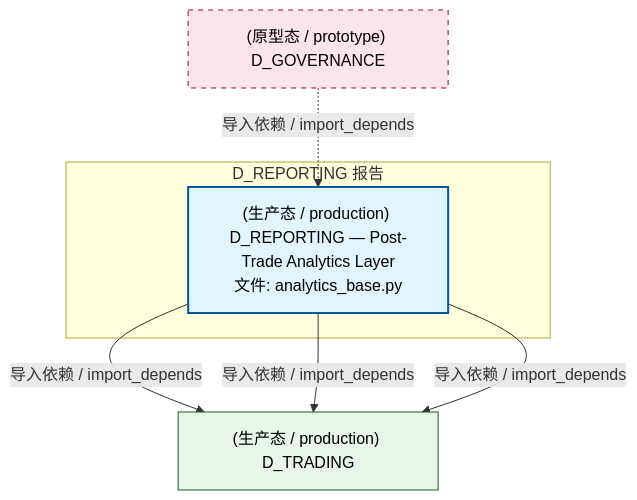
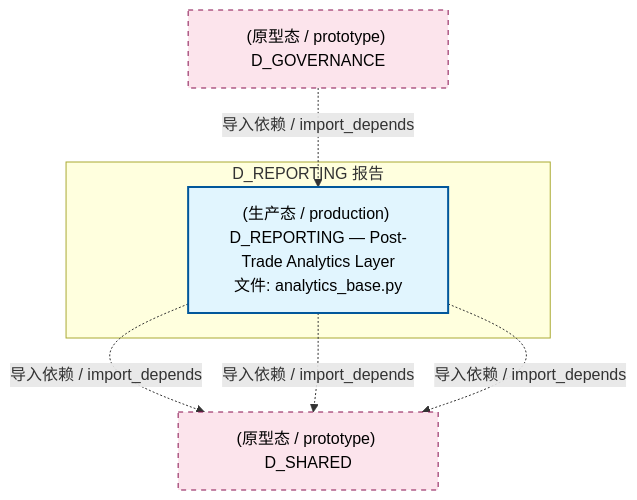
Before and after one commit to xuanFelixVan/ZephyrAlpha: the second of 4 diagrams in docs/02_enterprise_architecture/02_domain_architecture_docs/16_d_reporting.md, drawn with Mermaid. The commit also changed other lines of this file and 99 other files, not shown here.

````diff
--- a/docs/02_enterprise_architecture/02_domain_architecture_docs/16_d_reporting.md
+++ b/docs/02_enterprise_architecture/02_domain_architecture_docs/16_d_reporting.md
@@ -115,19 +115,18 @@
 ```mermaid
 graph TD
     subgraph D_REPORTING["D_REPORTING 报告"]
         src_zephyr_reporting_analytics_base_py["(生产态 / production) D_REPORTING — Post-Trade Analytics Layer<br/>文件: analytics_base.py"]
     end
-    D_TRADING["(生产态 / production) D_TRADING"]
-    src_zephyr_reporting_analytics_base_py -->|导入依赖 / import_depends| D_TRADING
-    src_zephyr_reporting_analytics_base_py -->|导入依赖 / import_depends| D_TRADING
-    src_zephyr_reporting_analytics_base_py -->|导入依赖 / import_depends| D_TRADING
+    D_SHARED["(原型态 / prototype) D_SHARED"]
+    src_zephyr_reporting_analytics_base_py -.->|导入依赖 / import_depends| D_SHARED
+    src_zephyr_reporting_analytics_base_py -.->|导入依赖 / import_depends| D_SHARED
+    src_zephyr_reporting_analytics_base_py -.->|导入依赖 / import_depends| D_SHARED
     D_GOVERNANCE["(原型态 / prototype) D_GOVERNANCE"]
     D_GOVERNANCE -.->|导入依赖 / import_depends| src_zephyr_reporting_analytics_base_py
     classDef production fill:#e1f5fe,stroke:#01579b,stroke-width:2px,color:#000
     classDef design fill:#fff3e0,stroke:#e65100,stroke-width:2px,color:#000,stroke-dasharray: 5 5
     classDef external_prod fill:#e8f5e9,stroke:#1b5e20,stroke-width:1px,color:#000
     classDef external_design fill:#fce4ec,stroke:#880e4f,stroke-width:1px,color:#000,stroke-dasharray: 5 5
     class src_zephyr_reporting_analytics_base_py production
-    class D_TRADING external_prod
-    class D_GOVERNANCE external_design
+    class D_SHARED,D_GOVERNANCE external_design
 ```
````
